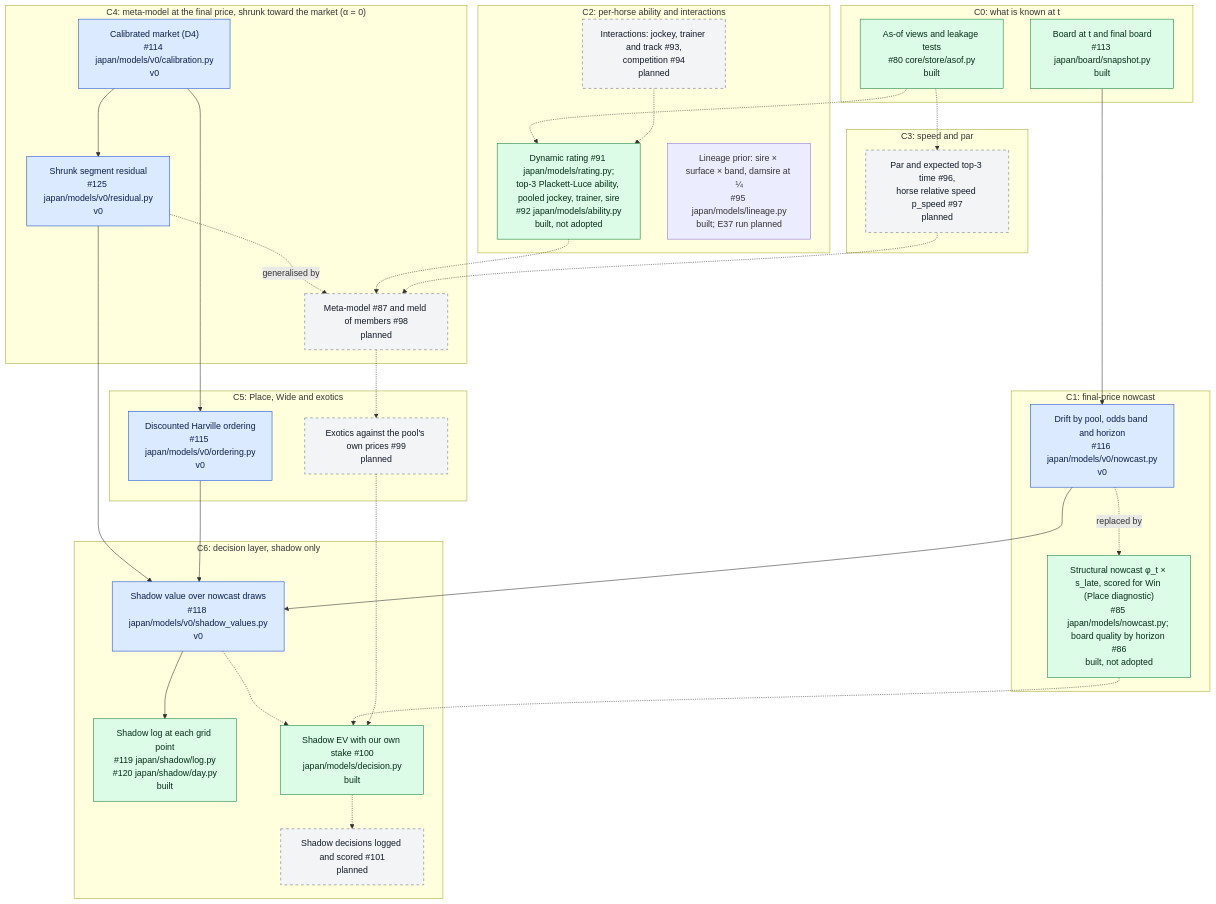
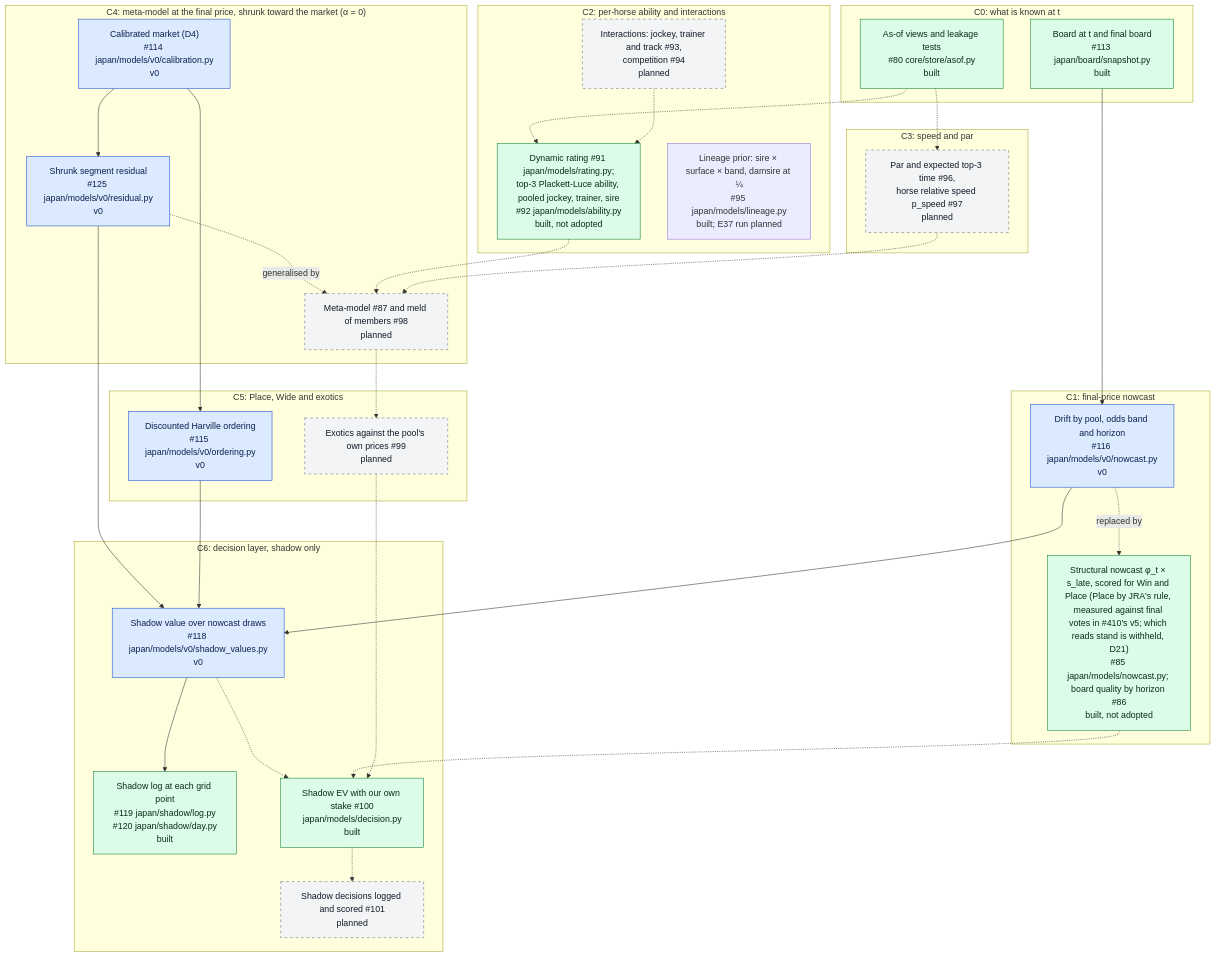
Before and after one commit to rjeskuri/HorseTrackBetting: the second of 6 diagrams in docs/modeling.md, drawn with Mermaid. The commit also changed 11 other files, not shown here.

First line of the commit message:
Give the C1 nowcast sound Place shares (#410) (#519)

````diff
--- a/docs/modeling.md
+++ b/docs/modeling.md
@@ -71,60 +71,60 @@
 ```mermaid
 flowchart TB
     subgraph L0["C0: what is known at t"]
         ASOF["As-of views and leakage tests<br/>#80 core/store/asof.py<br/>built"]
         BOARD["Board at t and final board<br/>#113 japan/board/snapshot.py<br/>built"]
     end
     subgraph L1["C1: final-price nowcast"]
         NC0["Drift by pool, odds band and horizon<br/>#116 japan/models/v0/nowcast.py<br/>v0"]
-        NC1["Structural nowcast φ_t × s_late, scored for Win (Place diagnostic)<br/>#85 japan/models/nowcast.py; board quality by horizon #86<br/>built, not adopted"]
+        NC1["Structural nowcast φ_t × s_late, scored for Win and Place (Place by JRA's rule, measured against final votes in #410's v5; which reads stand is withheld, D21)<br/>#85 japan/models/nowcast.py; board quality by horizon #86<br/>built, not adopted"]
     end
     subgraph L2["C2: per-horse ability and interactions"]
         ABIL["Dynamic rating #91 japan/models/rating.py;<br/>top-3 Plackett-Luce ability, pooled jockey, trainer, sire<br/>#92 japan/models/ability.py<br/>built, not adopted"]
         INTR["Interactions: jockey, trainer and track #93,<br/>competition #94<br/>planned"]
         LIN["Lineage prior: sire × surface × band, damsire at ¼<br/>#95 japan/models/lineage.py<br/>built; E37 run planned"]
     end
     subgraph L3["C3: speed and par"]
         SPEED["Par and expected top-3 time #96,<br/>horse relative speed p_speed #97<br/>planned"]
     end
     subgraph L4["C4: meta-model at the final price, shrunk toward the market (α = 0)"]
         CAL["Calibrated market (D4)<br/>#114 japan/models/v0/calibration.py<br/>v0"]
         RES["Shrunk segment residual<br/>#125 japan/models/v0/residual.py<br/>v0"]
         META["Meta-model #87 and meld of members #98<br/>planned"]
     end
     subgraph L5["C5: Place, Wide and exotics"]
         ORD["Discounted Harville ordering<br/>#115 japan/models/v0/ordering.py<br/>v0"]
         EXO["Exotics against the pool's own prices #99<br/>planned"]
     end
     subgraph L6["C6: decision layer, shadow only"]
         SV["Shadow value over nowcast draws<br/>#118 japan/models/v0/shadow_values.py<br/>v0"]
         SLOG["Shadow log at each grid point<br/>#119 japan/shadow/log.py<br/>#120 japan/shadow/day.py<br/>built"]
         STAKE["Shadow EV with our own stake #100<br/>japan/models/decision.py<br/>built"]
         SDEC["Shadow decisions logged and scored #101<br/>planned"]
     end
     BOARD --> NC0
     NC0 -.->|"replaced by"| NC1
     ASOF -.-> ABIL
     INTR -.-> ABIL
     ASOF -.-> SPEED
     CAL --> RES
     CAL --> ORD
     RES -.->|"generalised by"| META
     ABIL -.-> META
     SPEED -.-> META
     META -.-> EXO
     RES --> SV
     ORD --> SV
     NC0 --> SV
     SV --> SLOG
     SV -.-> STAKE
     NC1 -.-> STAKE
     EXO -.-> STAKE
     STAKE -.-> SDEC
 
     classDef v0 fill:#dbeafe,stroke:#1d4ed8,color:#0b1f4d
     classDef built fill:#dcfce7,stroke:#15803d,color:#052e16
     classDef planned fill:#f3f4f6,stroke:#6b7280,stroke-dasharray: 5 5,color:#111827
     class NC0,CAL,RES,ORD,SV v0
     class ASOF,BOARD,SLOG,NC1,ABIL,STAKE built
     class INTR,SPEED,META,EXO,SDEC planned
 ```
````
